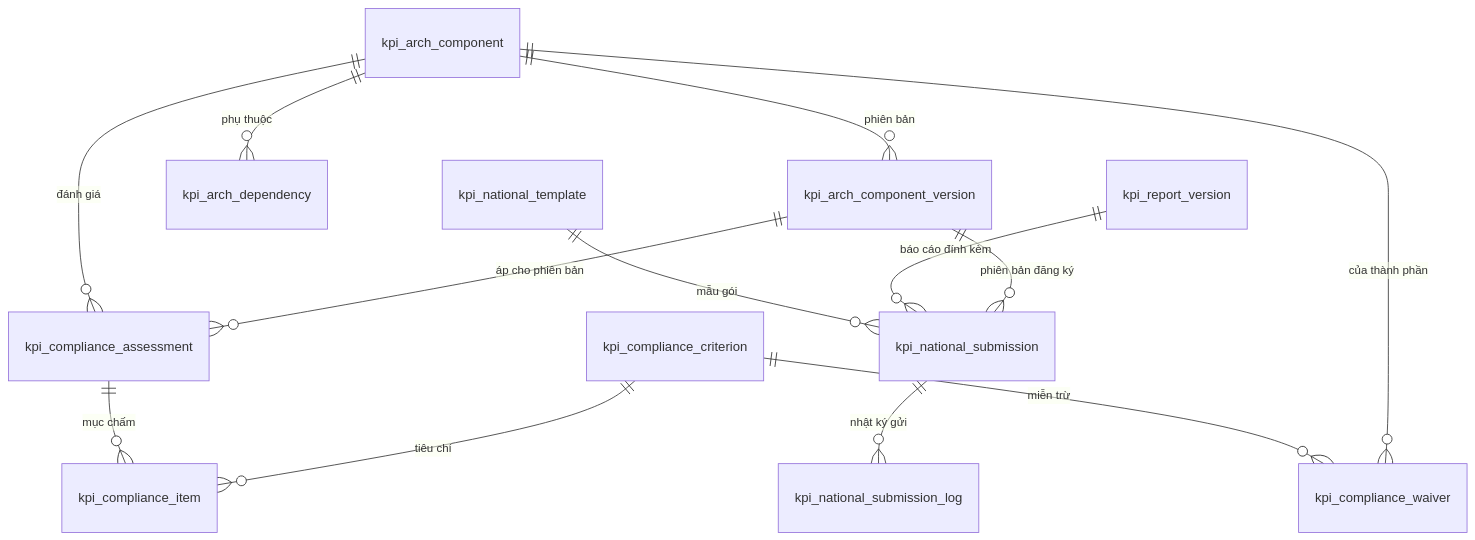
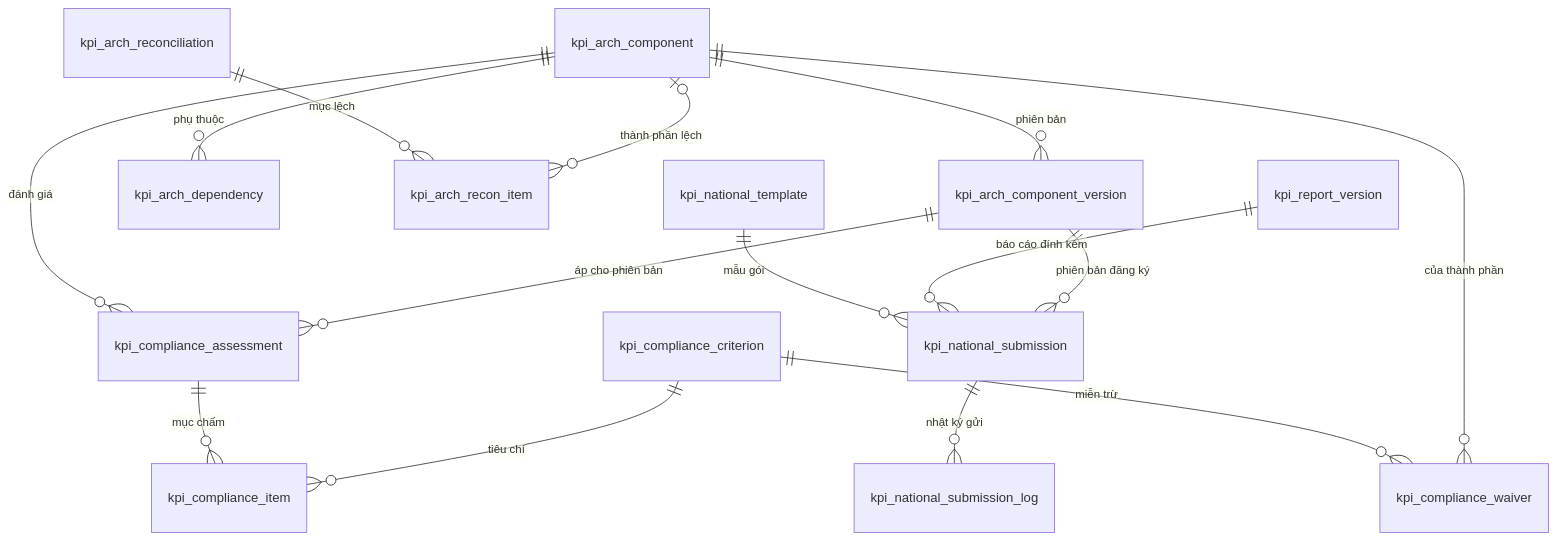
One commit to caprocute/DATAHUB changed the fourth of 4 diagrams in datahub-docs/03-thiet-ke/csdl/D03-03-PH16-csdl-bao-cao-chi-tieu.md. Above: the diagram before and after it, drawn with Mermaid. The commit also changed other lines of this file and 25 other files, not shown here.

````diff
--- a/datahub-docs/03-thiet-ke/csdl/D03-03-PH16-csdl-bao-cao-chi-tieu.md
+++ b/datahub-docs/03-thiet-ke/csdl/D03-03-PH16-csdl-bao-cao-chi-tieu.md
@@ -270,15 +280,17 @@
 ```{.mermaid caption="ERD nhóm sổ kiến trúc, tuân thủ và gửi quốc gia"}
 erDiagram
   kpi_arch_component ||--o{ kpi_arch_component_version : "phiên bản"
   kpi_arch_component ||--o{ kpi_arch_dependency : "phụ thuộc"
+  kpi_arch_reconciliation ||--o{ kpi_arch_recon_item : "mục lệch"
+  kpi_arch_component |o--o{ kpi_arch_recon_item : "thành phần lệch"
   kpi_arch_component ||--o{ kpi_compliance_assessment : "đánh giá"
   kpi_arch_component_version ||--o{ kpi_compliance_assessment : "áp cho phiên bản"
   kpi_compliance_assessment ||--o{ kpi_compliance_item : "mục chấm"
   kpi_compliance_criterion ||--o{ kpi_compliance_item : "tiêu chí"
   kpi_compliance_criterion ||--o{ kpi_compliance_waiver : "miễn trừ"
   kpi_arch_component ||--o{ kpi_compliance_waiver : "của thành phần"
   kpi_national_template ||--o{ kpi_national_submission : "mẫu gói"
   kpi_report_version ||--o{ kpi_national_submission : "báo cáo đính kèm"
   kpi_arch_component_version ||--o{ kpi_national_submission : "phiên bản đăng ký"
   kpi_national_submission ||--o{ kpi_national_submission_log : "nhật ký gửi"
 ```
````
